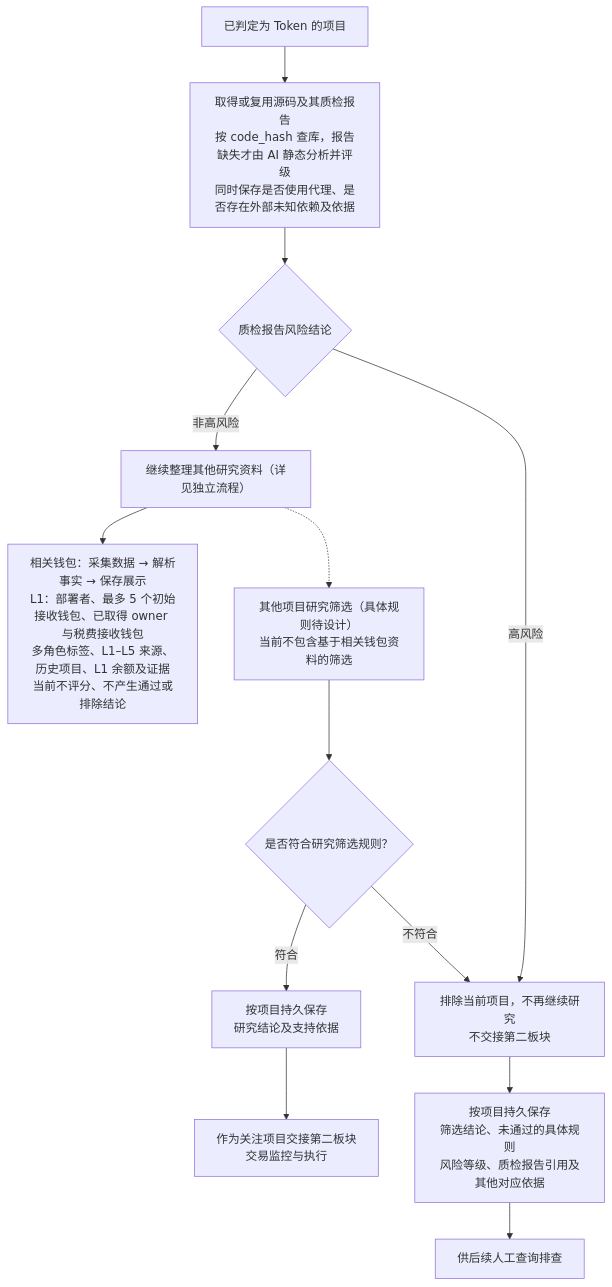
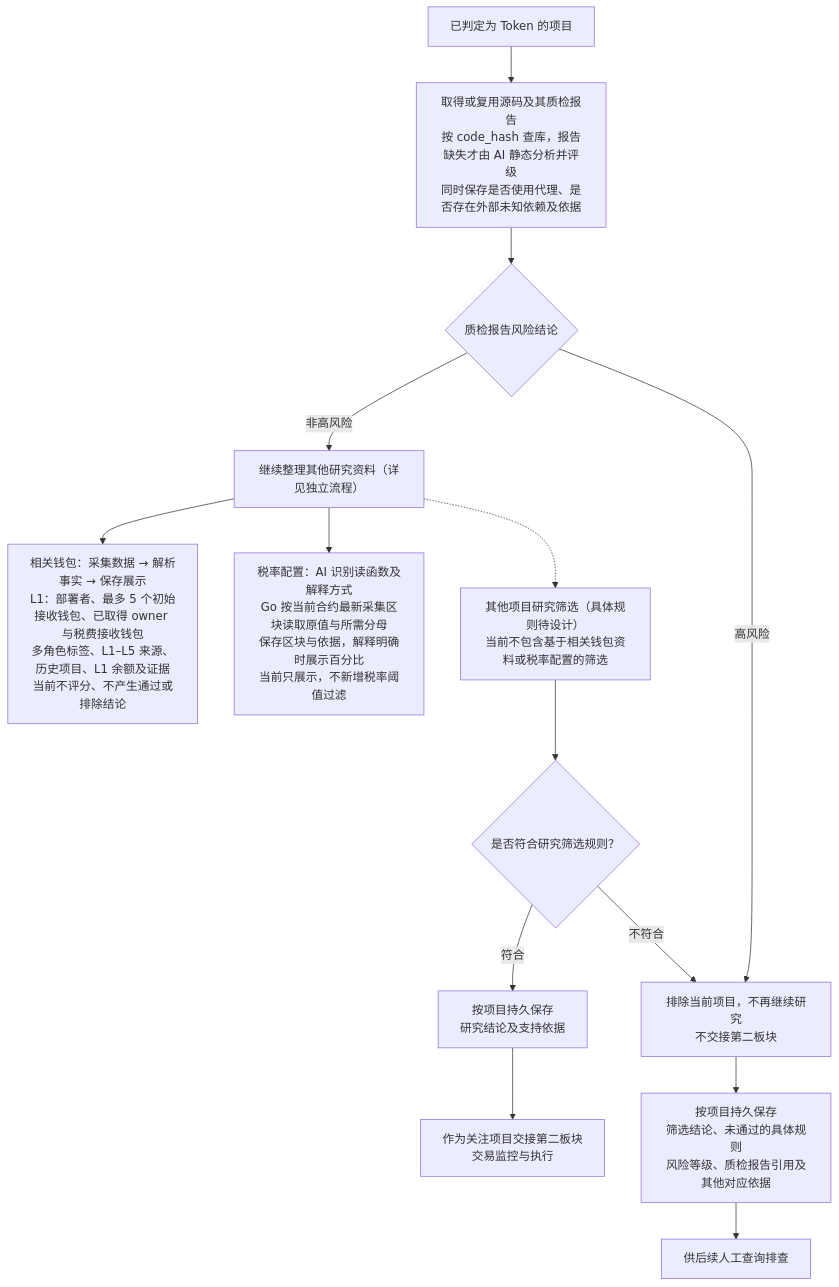
Before and after one commit to useryege/athena-o: the diagram in docs/project/token-research-flow.md, drawn with Mermaid. The commit also changed other lines of this file and 8 other files, not shown here.

````diff
--- a/docs/project/token-research-flow.md
+++ b/docs/project/token-research-flow.md
@@ -11,15 +11,16 @@
 ```mermaid
 flowchart TD
     token["已判定为 Token 的项目"] --> review["取得或复用源码及其质检报告<br/>按 code_hash 查库，报告缺失才由 AI 静态分析并评级<br/>同时保存是否使用代理、是否存在外部未知依赖及依据"]
     review --> risk{"质检报告风险结论"}
     risk -->|高风险| excluded["排除当前项目，不再继续研究<br/>不交接第二板块"]
     risk -->|非高风险| materials["继续整理其他研究资料（详见独立流程）"]
     materials --> wallets["相关钱包：采集数据 → 解析事实 → 保存展示<br/>L1：部署者、最多 5 个初始接收钱包、已取得 owner 与税费接收钱包<br/>多角色标签、L1–L5 来源、历史项目、L1 余额及证据<br/>当前不评分、不产生通过或排除结论"]
-    materials -.-> research["其他项目研究筛选（具体规则待设计）<br/>当前不包含基于相关钱包资料的筛选"]
+    materials --> taxes["税率配置：AI 识别读函数及解释方式<br/>Go 按当前合约最新采集区块读取原值与所需分母<br/>保存区块与依据，解释明确时展示百分比<br/>当前只展示，不新增税率阈值过滤"]
+    materials -.-> research["其他项目研究筛选（具体规则待设计）<br/>当前不包含基于相关钱包资料或税率配置的筛选"]
     research --> decision{"是否符合研究筛选规则？"}
     decision -->|"符合"| accepted["按项目持久保存<br/>研究结论及支持依据"]
     accepted --> handoff["作为关注项目交接第二板块<br/>交易监控与执行"]
     decision -->|"不符合"| excluded
     excluded --> reasons["按项目持久保存<br/>筛选结论、未通过的具体规则<br/>风险等级、质检报告引用及其他对应依据"]
     reasons --> inspect["供后续人工查询排查"]
 ```
````
